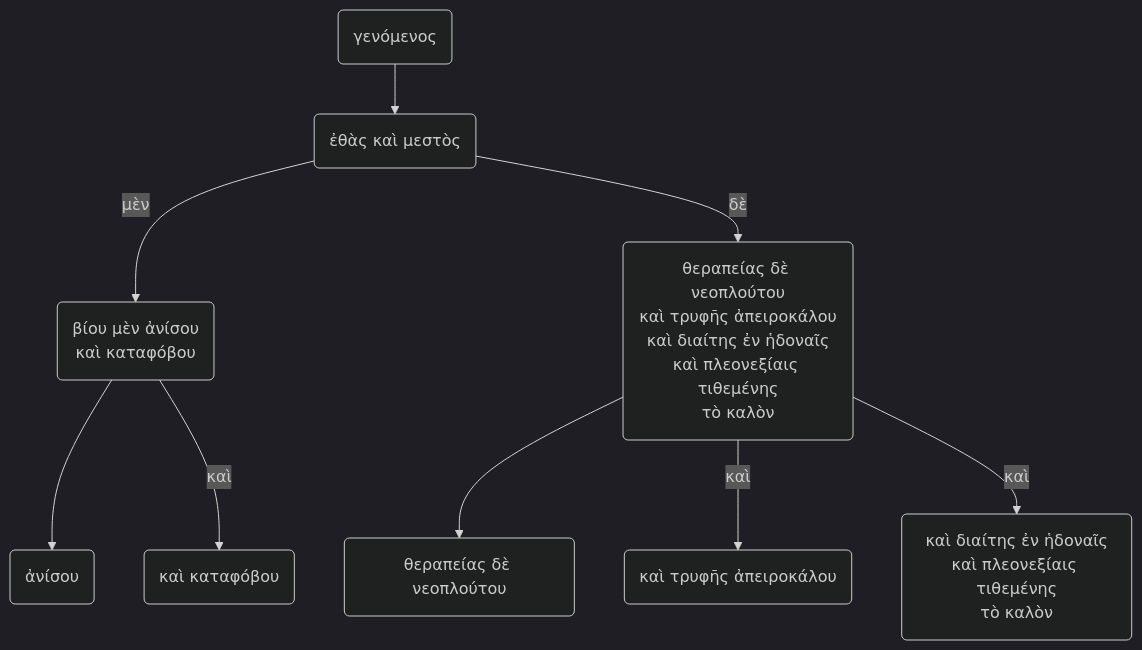
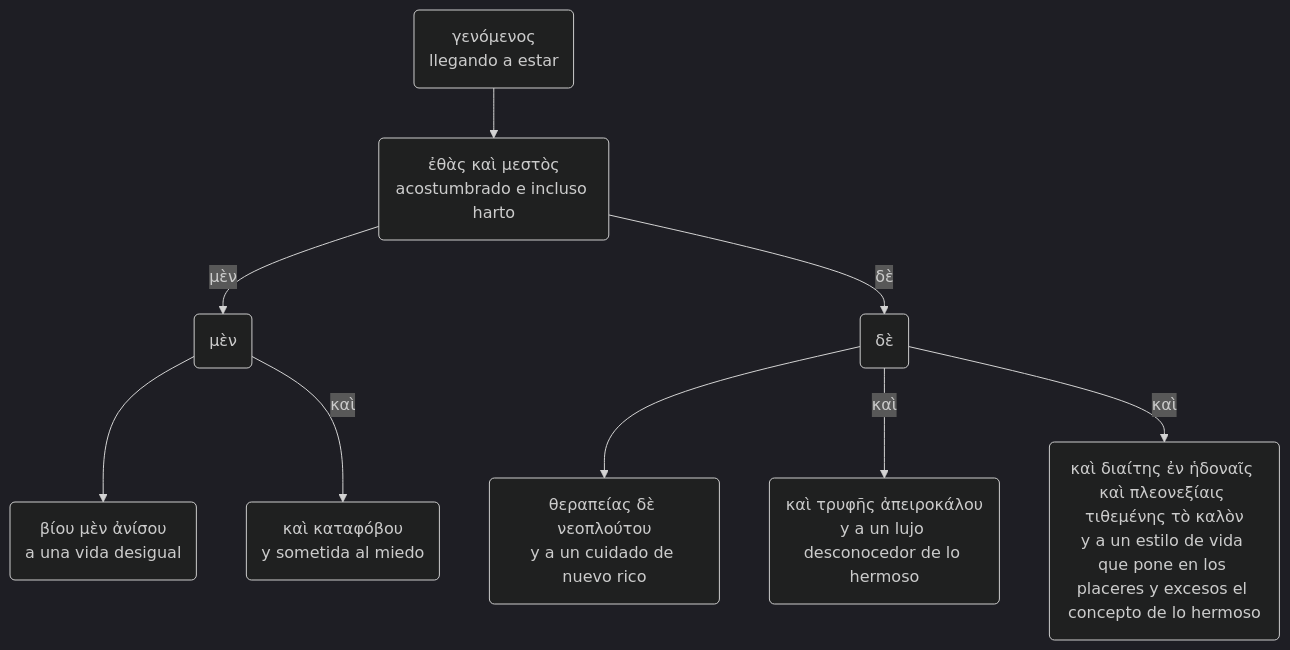
The fourth of 5 diagrams in docs/Plutarch_Dion/Dion.md (pajaro1966/Asignaturas), drawn with Mermaid (dark theme) before and after one commit. The commit also changed other lines of this file and 76 other files, not shown here.

````diff
--- a/docs/Plutarch_Dion/Dion.md
+++ b/docs/Plutarch_Dion/Dion.md
@@ -218,13 +220,13 @@
     ```mermaid
 
     flowchart TB
     
-    A("γενόμενος") --> B("ἐθὰς καὶ μεστὸς")
-    B-->|"μὲν"|C("βίου μὲν ἀνίσου<br>καὶ καταφόβου")-->C1("ἀνίσου")
-    C-->|"καὶ"|C2("καὶ καταφόβου")
-    B-->|"δὲ"|D("θεραπείας δὲ νεοπλούτου<br>καὶ τρυφῆς ἀπειροκάλου<br>καὶ διαίτης ἐν ἡδοναῖς<br>καὶ πλεονεξίαις τιθεμένης<br>τὸ καλὸν")
-    D-->D1("θεραπείας δὲ νεοπλούτου")
-    D-->|"καὶ"|D2("καὶ τρυφῆς ἀπειροκάλου")
-    D-->|"καὶ"|D3("καὶ διαίτης ἐν ἡδοναῖς<br>καὶ πλεονεξίαις τιθεμένης<br>τὸ καλὸν")
+    A("γενόμενος<br>llegando a estar") --> B("ἐθὰς καὶ μεστὸς<br>acostumbrado e incluso harto")
+    B-->|"μὲν"|C("μὲν")-->C1("βίου μὲν ἀνίσου<br>a una vida desigual")
+    C-->|"καὶ"|C2("καὶ καταφόβου<br>y sometida al miedo")
+    B-->|"δὲ"|D("δὲ")
+    D-->D1("θεραπείας δὲ νεοπλούτου<br>y a un cuidado de nuevo rico")
+    D-->|"καὶ"|D2("καὶ τρυφῆς ἀπειροκάλου<br>y a un lujo desconocedor de lo hermoso")
+    D-->|"καὶ"|D3("καὶ διαίτης ἐν ἡδοναῖς καὶ πλεονεξίαις τιθεμένης τὸ καλὸν<br>y a un estilo de vida que pone en los placeres y excesos el concepto de lo hermoso")
     
     ```
````
